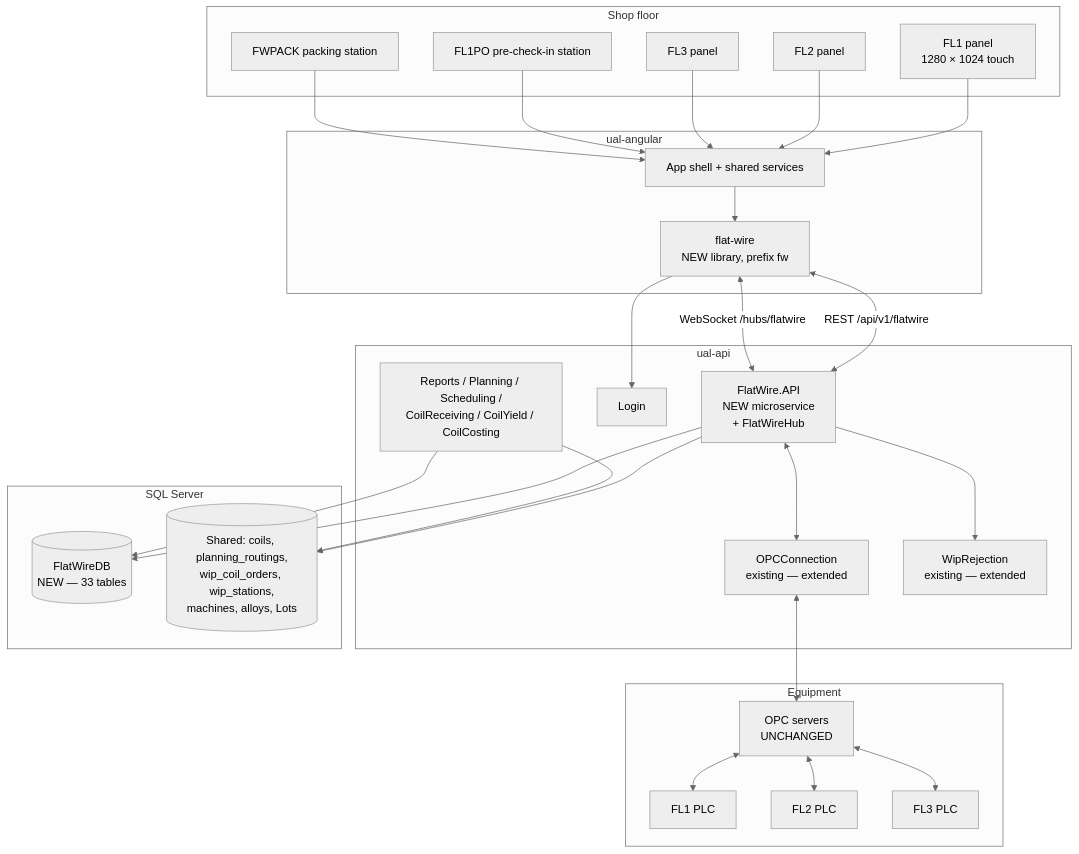
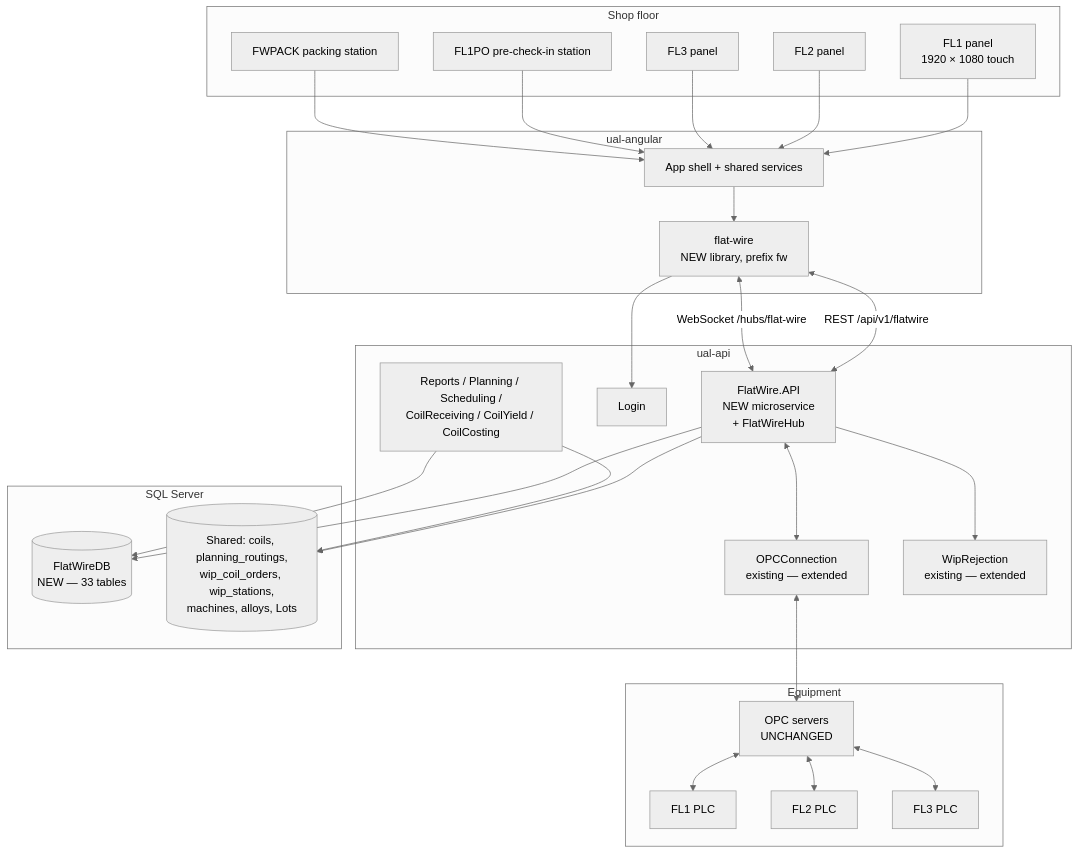
Before and after one commit to UnitedAluminum/Flatwire-planning: the first of 2 diagrams in 20-architecture/Architecture.md, drawn with Mermaid (neutral theme). The commit also changed other lines of this file and 185 other files, not shown here.

````diff
--- a/20-architecture/Architecture.md
+++ b/20-architecture/Architecture.md
@@ -18,45 +18,45 @@
 ```mermaid
 flowchart TB
   subgraph FLOOR["Shop floor"]
-    P1["FL1 panel<br/>1280 × 1024 touch"]
+    P1["FL1 panel<br/>1920 × 1080 touch"]
     P2["FL2 panel"]
     P3["FL3 panel"]
     POS["FL1PO pre-check-in station"]
     PK["FWPACK packing station"]
   end
   subgraph EQUIP["Equipment"]
     PLC1["FL1 PLC"]
     PLC2["FL2 PLC"]
     PLC3["FL3 PLC"]
     OPC["OPC servers<br/>UNCHANGED"]
   end
   subgraph ANG["ual-angular"]
     SHELL["App shell + shared services"]
     LIB["flat-wire<br/>NEW library, prefix fw"]
   end
   subgraph API["ual-api"]
     FW["FlatWire.API<br/>NEW microservice<br/>+ FlatWireHub"]
     OPCC["OPCConnection<br/>existing — extended"]
     LOGIN["Login"]
     WIPR["WipRejection<br/>existing — extended"]
     REPT["Reports / Planning / Scheduling /<br/>CoilReceiving / CoilYield / CoilCosting"]
   end
   subgraph DATA["SQL Server"]
     FWDB[("FlatWireDB<br/>NEW — 33 tables")]
     SHARED[("Shared: coils, planning_routings,<br/>wip_coil_orders, wip_stations,<br/>machines, alloys, Lots")]
   end
 
   P1 & P2 & P3 & POS & PK --> SHELL
   SHELL --> LIB
   LIB <-->|"REST /api/v1/flatwire"| FW
-  LIB <-->|"WebSocket /hubs/flatwire"| FW
+  LIB <-->|"WebSocket /hubs/flat-wire"| FW
   LIB --> LOGIN
   FW --> FWDB
   FW --> SHARED
   FW <--> OPCC
   OPCC <--> OPC
   OPC <--> PLC1 & PLC2 & PLC3
   FW --> WIPR
   REPT --> FWDB
   REPT --> SHARED
 ```
````
